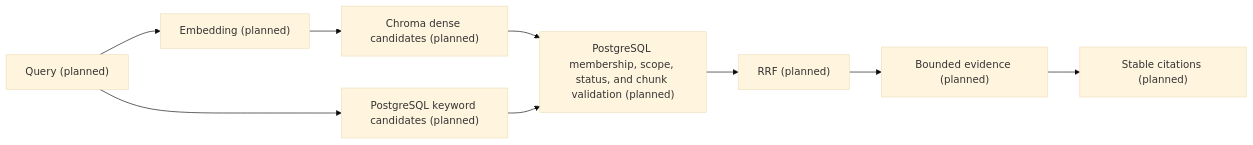
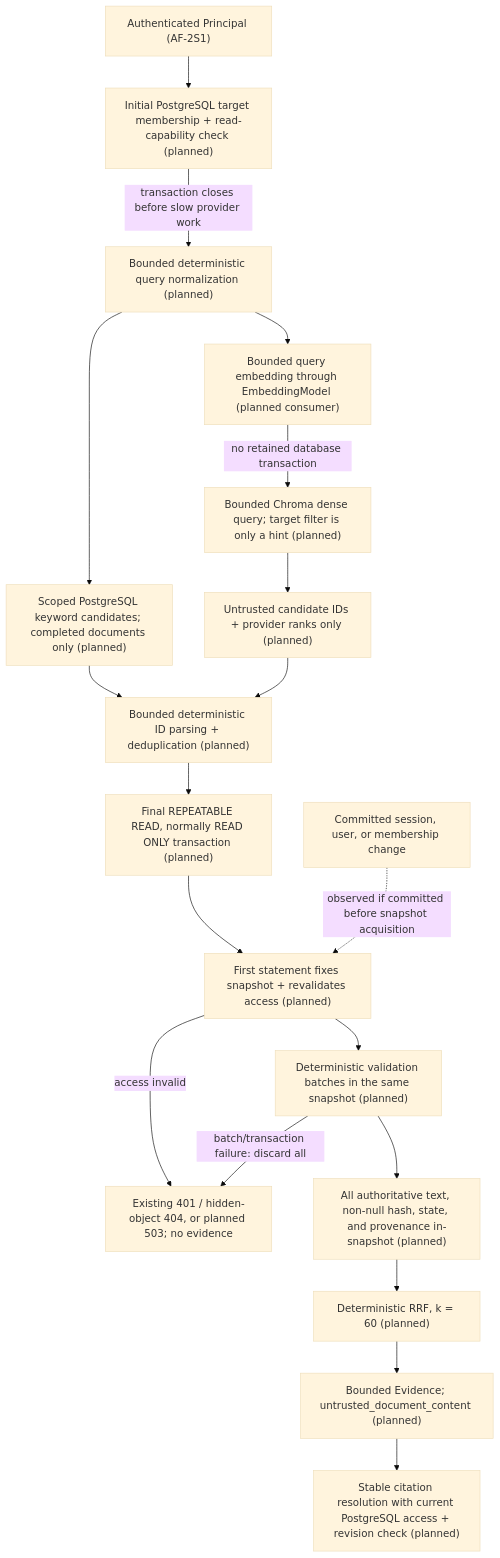
One commit to hyperweng821-commits/Agentic-Rag-Platform changed the fourth of 5 diagrams in docs/architecture.md. Above: the diagram before and after it, drawn with Mermaid (base theme). The commit also changed other lines of this file and 5 other files, not shown here.

````diff
--- a/docs/architecture.md
+++ b/docs/architecture.md
@@ -280,11 +286,39 @@
 ```mermaid
-flowchart LR
-    Query["Query (planned)"] --> Embedding["Embedding (planned)"]
-    Embedding --> Dense["Chroma dense candidates (planned)"]
-    Query --> Keyword["PostgreSQL keyword candidates (planned)"]
-    Dense --> Validate["PostgreSQL membership, scope, status, and chunk validation (planned)"]
-    Keyword --> Validate
-    Validate --> RRF["RRF (planned)"]
-    RRF --> Evidence["Bounded evidence (planned)"]
-    Evidence --> Citations["Stable citations (planned)"]
+flowchart TD
+    Principal["Authenticated Principal (AF-2S1)"]
+    Initial["Initial PostgreSQL target membership + read-capability check (planned)"]
+    Normalize["Bounded deterministic query normalization (planned)"]
+    Keyword["Scoped PostgreSQL keyword candidates; completed documents only (planned)"]
+    Embed["Bounded query embedding through EmbeddingModel (planned consumer)"]
+    Dense["Bounded Chroma dense query; target filter is only a hint (planned)"]
+    Untrusted["Untrusted candidate IDs + provider ranks only (planned)"]
+    Combine["Bounded deterministic ID parsing + deduplication (planned)"]
+    Revocation["Committed session, user, or membership change"]
+    Final["Final REPEATABLE READ, normally READ ONLY transaction (planned)"]
+    Snapshot["First statement fixes snapshot + revalidates access (planned)"]
+    Batches["Deterministic validation batches in the same snapshot (planned)"]
+    Denied["Existing 401 / hidden-object 404, or planned 503; no evidence"]
+    Load["All authoritative text, non-null hash, state, and provenance in-snapshot (planned)"]
+    RRF["Deterministic RRF, k = 60 (planned)"]
+    Evidence["Bounded Evidence; untrusted_document_content (planned)"]
+    Citations["Stable citation resolution with current PostgreSQL access + revision check (planned)"]
+
+    Principal --> Initial
+    Initial -->|"transaction closes before slow provider work"| Normalize
+    Normalize --> Keyword
+    Normalize --> Embed
+    Embed -->|"no retained database transaction"| Dense
+    Dense --> Untrusted
+    Keyword --> Combine
+    Untrusted --> Combine
+    Combine --> Final
+    Final --> Snapshot
+    Revocation -. "observed if committed before snapshot acquisition" .-> Snapshot
+    Snapshot -->|"access invalid"| Denied
+    Snapshot --> Batches
+    Batches -->|"batch/transaction failure: discard all"| Denied
+    Batches --> Load
+    Load --> RRF
+    RRF --> Evidence
+    Evidence --> Citations
 ```
````
